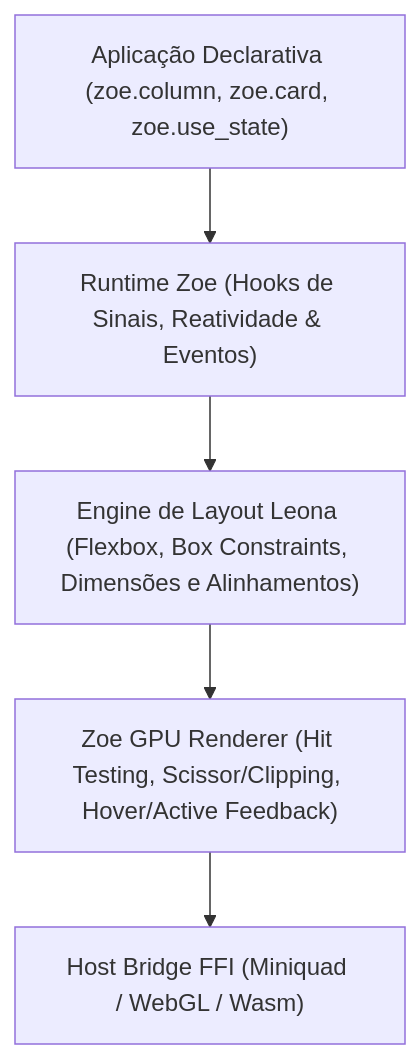
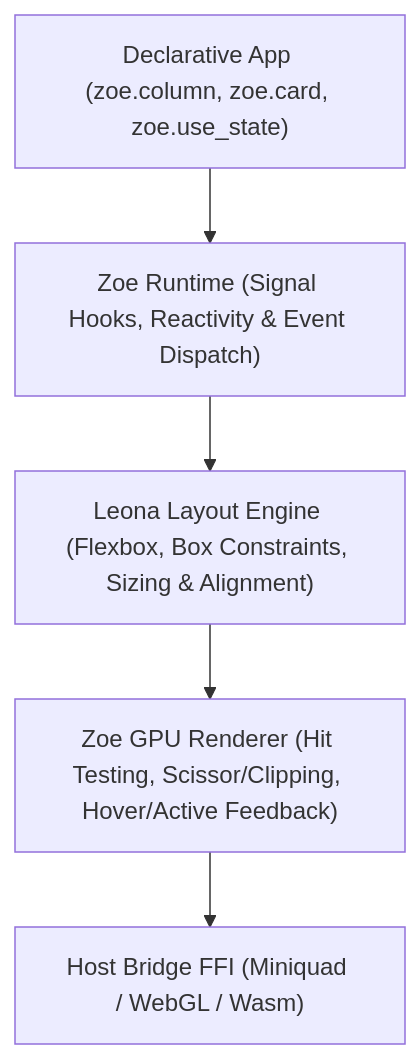
The diagram in site/en/aipo/docs/guides/packages/aipo-zoe.md (poppy-team/poppy.lat), drawn with Mermaid before and after one commit. The commit also changed other lines of this file and 235 other files, not shown here.

````diff
--- a/site/en/aipo/docs/guides/packages/aipo-zoe.md
+++ b/site/en/aipo/docs/guides/packages/aipo-zoe.md
@@ -27,7 +27,7 @@
 ```mermaid
 graph TD
-    UserCode["Aplicação Declarativa (zoe.column, zoe.card, zoe.use_state)"] --> ZoeRuntime["Runtime Zoe (Hooks de Sinais, Reatividade & Eventos)"]
-    ZoeRuntime --> LeonaEngine["Engine de Layout Leona (Flexbox, Box Constraints, Dimensões e Alinhamentos)"]
+    UserCode["Declarative App (zoe.column, zoe.card, zoe.use_state)"] --> ZoeRuntime["Zoe Runtime (Signal Hooks, Reactivity & Event Dispatch)"]
+    ZoeRuntime --> LeonaEngine["Leona Layout Engine (Flexbox, Box Constraints, Sizing & Alignment)"]
     LeonaEngine --> Renderer["Zoe GPU Renderer (Hit Testing, Scissor/Clipping, Hover/Active Feedback)"]
     Renderer --> HostABI["Host Bridge FFI (Miniquad / WebGL / Wasm)"]
 ```
````
